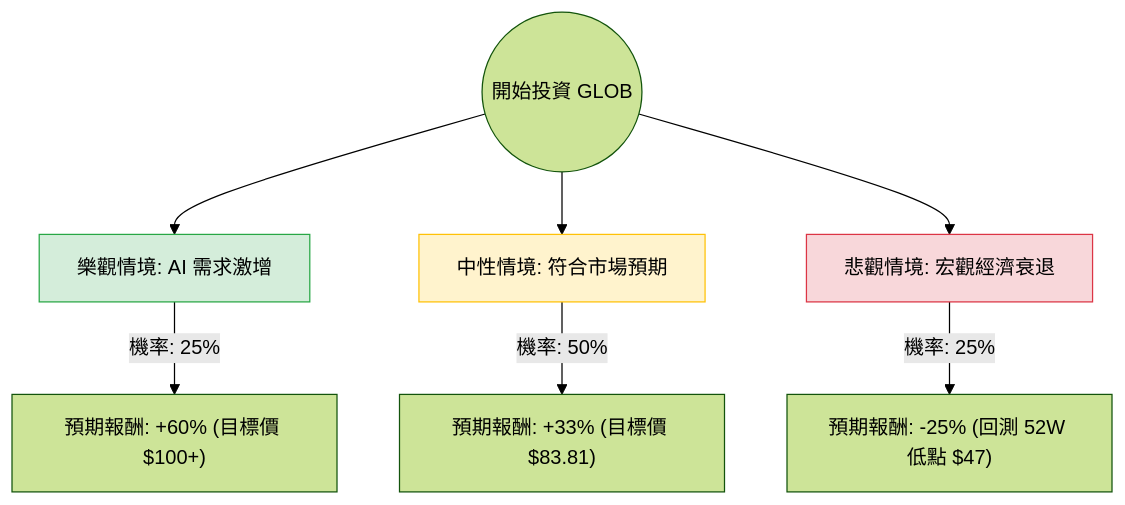
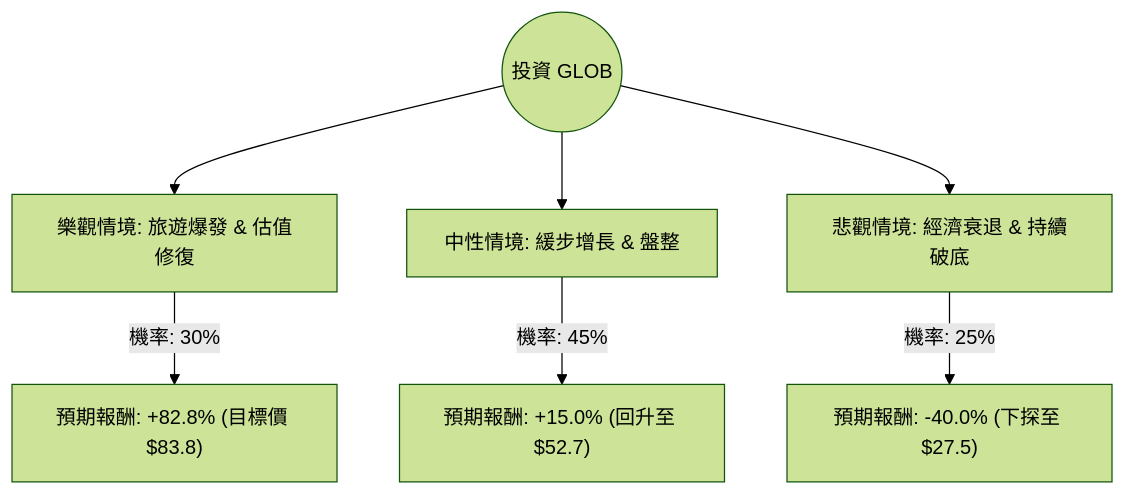
One commit to zmcx16/zmcx16.github.io changed the diagram in plugin-react/ai-analysis/ev-analysis/GLOB.md. Above: the diagram before and after it, drawn with Mermaid (forest theme). The commit also changed other lines of this file and 50 other files, not shown here.

````diff
--- a/plugin-react/ai-analysis/ev-analysis/GLOB.md
+++ b/plugin-react/ai-analysis/ev-analysis/GLOB.md
@@ -22,14 +24,10 @@
 ```mermaid
 graph TD
-    Start((開始投資 GLOB)) --> Bull[樂觀情境: AI 需求激增]
-    Start --> Base[中性情境: 符合市場預期]
-    Start --> Bear[悲觀情境: 宏觀經濟衰退]
+    Start((投資 GLOB)) --> Bull[樂觀情境: 旅遊爆發 & 估值修復]
+    Start --> Base[中性情境: 緩步增長 & 盤整]
+    Start --> Bear[悲觀情境: 經濟衰退 & 持續破底]
 
-    Bull -- "機率: 25%" --> Bull_Val["預期報酬: +60% (目標價 $100+)"]
-    Base -- "機率: 50%" --> Base_Val["預期報酬: +33% (目標價 $83.81)"]
-    Bear -- "機率: 25%" --> Bear_Val["預期報酬: -25% (回測 52W 低點 $47)"]
-
-    style Bull fill:#d4edda,stroke:#28a745
-    style Base fill:#fff3cd,stroke:#ffc107
-    style Bear fill:#f8d7da,stroke:#dc3545
+    Bull -- "機率: 30%" --> BullVal["預期報酬: +82.8% (目標價 $83.8)"]
+    Base -- "機率: 45%" --> BaseVal["預期報酬: +15.0% (回升至 $52.7)"]
+    Bear -- "機率: 25%" --> BearVal["預期報酬: -40.0% (下探至 $27.5)"]
 ```
````
